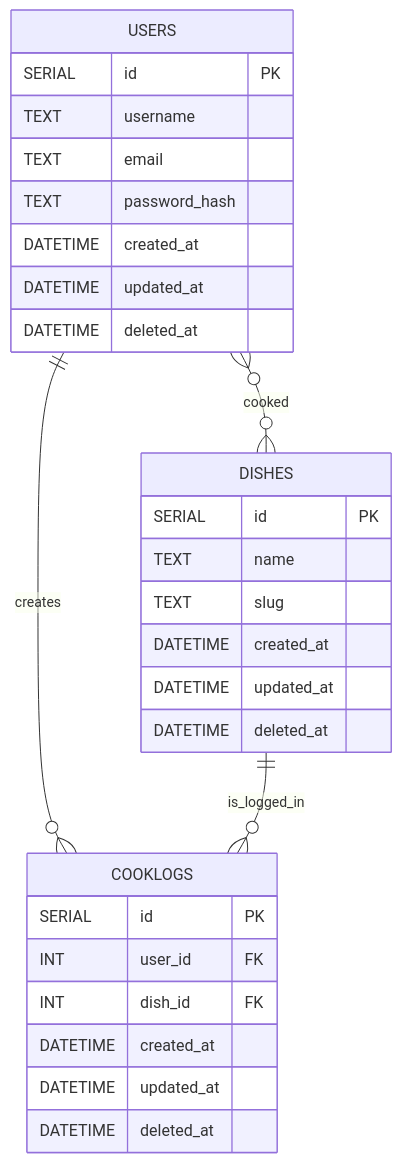
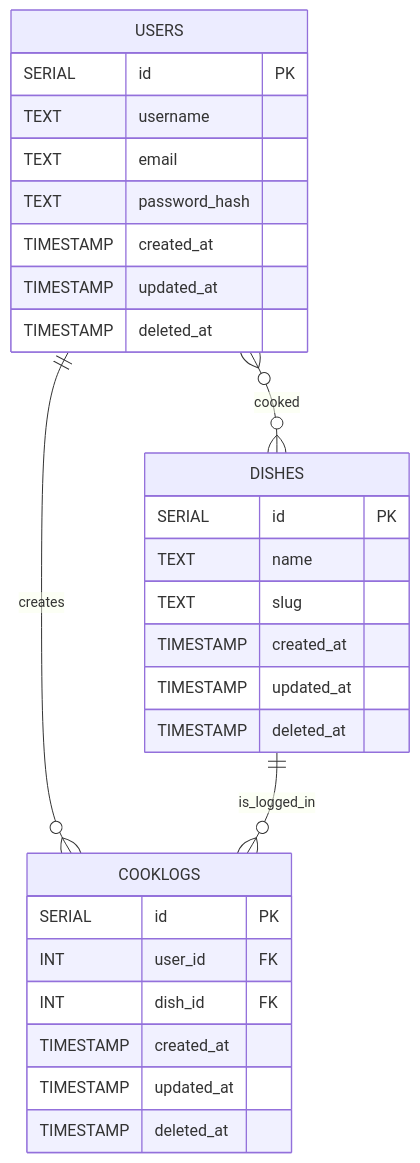
Before and after one commit to manav-gkmit/kya-saabzi-docs: the diagram in docs/architecture/data-model.md, drawn with Mermaid. The commit also changed other lines of this file and 3 other files, not shown here.

Commit message:
docs: Add data flow, authorization flow; update DATETIME to TIMESTAMP in datamodel

````diff
--- a/docs/architecture/data-model.md
+++ b/docs/architecture/data-model.md
@@ -7,34 +7,34 @@
 ```mermaid
 erDiagram
     USERS {
         SERIAL id PK
         TEXT username
         TEXT email
         TEXT password_hash
-        DATETIME created_at
-        DATETIME updated_at
-        DATETIME deleted_at
+        TIMESTAMP created_at
+        TIMESTAMP updated_at
+        TIMESTAMP deleted_at
     }
 
     DISHES {
         SERIAL id PK
         TEXT name
         TEXT slug
-        DATETIME created_at
-        DATETIME updated_at
-        DATETIME deleted_at
+        TIMESTAMP created_at
+        TIMESTAMP updated_at
+        TIMESTAMP deleted_at
     }
 
     COOKLOGS {
         SERIAL id PK
         INT user_id FK
         INT dish_id FK
-        DATETIME created_at
-        DATETIME updated_at
-        DATETIME deleted_at
+        TIMESTAMP created_at
+        TIMESTAMP updated_at
+        TIMESTAMP deleted_at
     }
 
     USERS ||--o{ COOKLOGS : creates
     DISHES ||--o{ COOKLOGS : is_logged_in
     USERS }o--o{ DISHES : cooked
 ```
````
